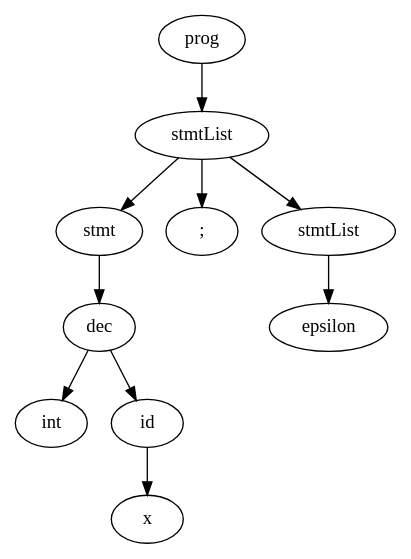
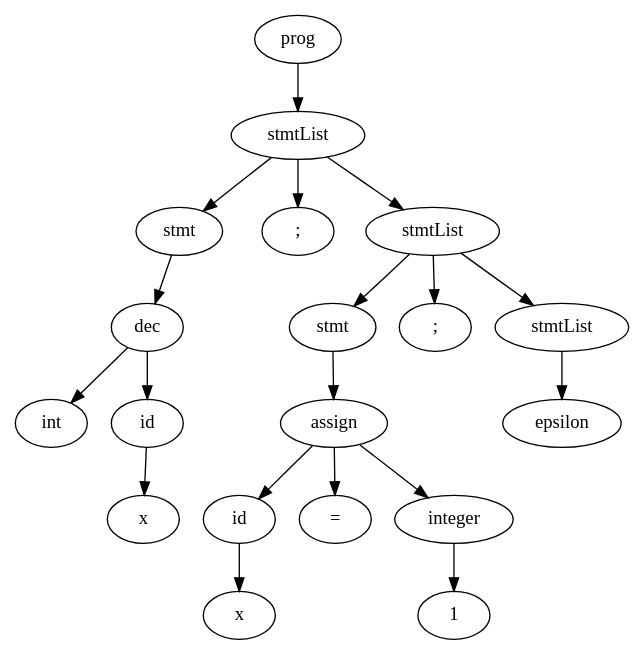
The diagram in Target/1/three_x_plus_1.dot (jmoseman01/m4), drawn with Graphviz before and after one commit. The commit also changed 15 other files, not shown here.

```diff
--- a/Target/1/three_x_plus_1.dot
+++ b/Target/1/three_x_plus_1.dot
@@ -1,23 +1,41 @@
 
 digraph "three_x_plus_1"
 {
 struct1 [label="prog"]
 struct2 [label="stmtList"]
 struct3 [label="stmt"]
 struct4 [label="dec"]
 struct5 [label="int"]
 struct4->struct5
 struct6 [label="id"]
 struct7 [label="x"]
 struct6->struct7
 struct4->struct6
 struct3->struct4
 struct2->struct3
 struct8 [label=";"]
 struct2->struct8
 struct9 [label="stmtList"]
-struct10 [label="epsilon"]
+struct10 [label="stmt"]
+struct11 [label="assign"]
+struct12 [label="id"]
+struct13 [label="x"]
+struct12->struct13
+struct11->struct12
+struct14 [label="="]
+struct11->struct14
+struct15 [label="integer"]
+struct16 [label="1"]
+struct15->struct16
+struct11->struct15
+struct10->struct11
 struct9->struct10
+struct17 [label=";"]
+struct9->struct17
+struct18 [label="stmtList"]
+struct19 [label="epsilon"]
+struct18->struct19
+struct9->struct18
 struct2->struct9
 struct1->struct2
 }
```
